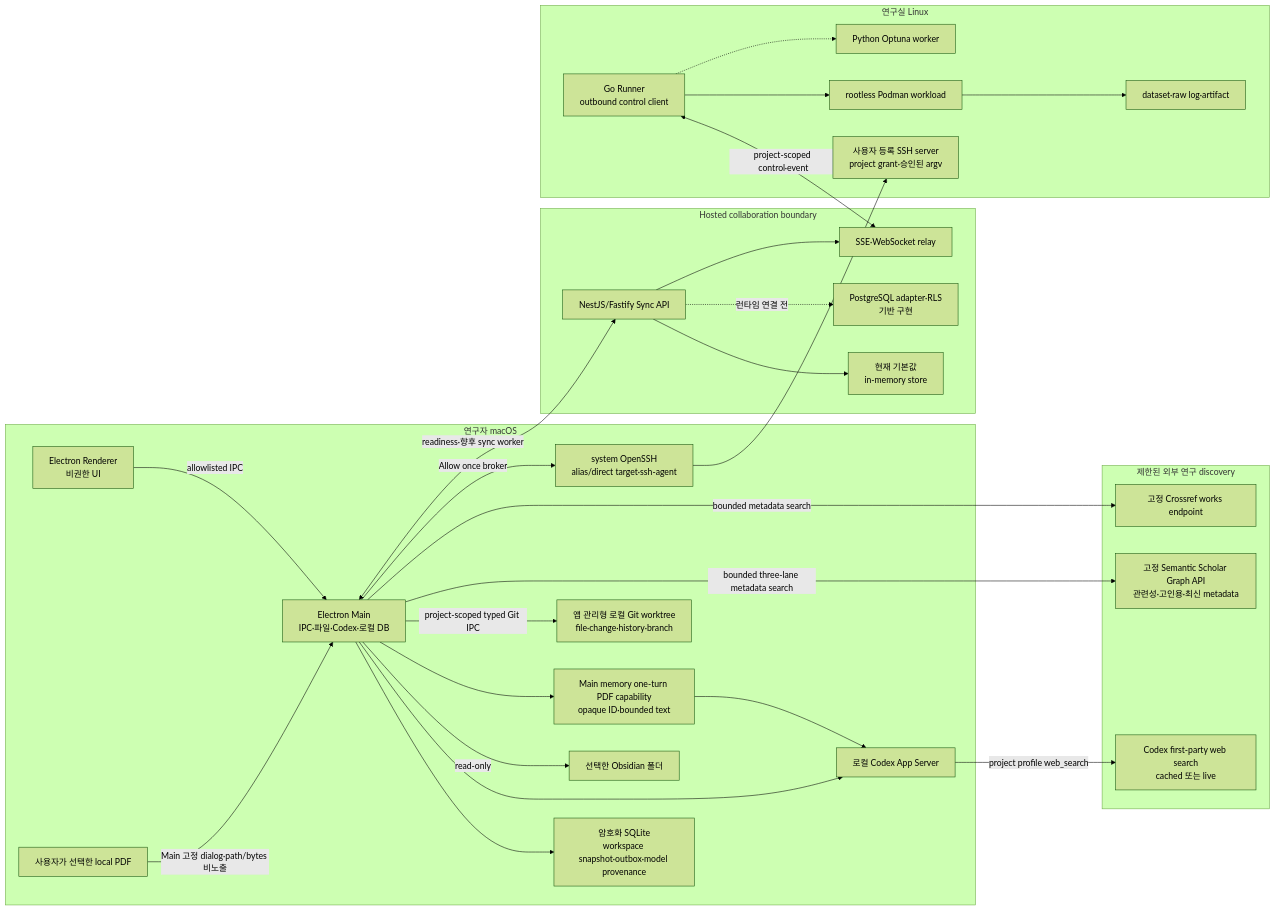
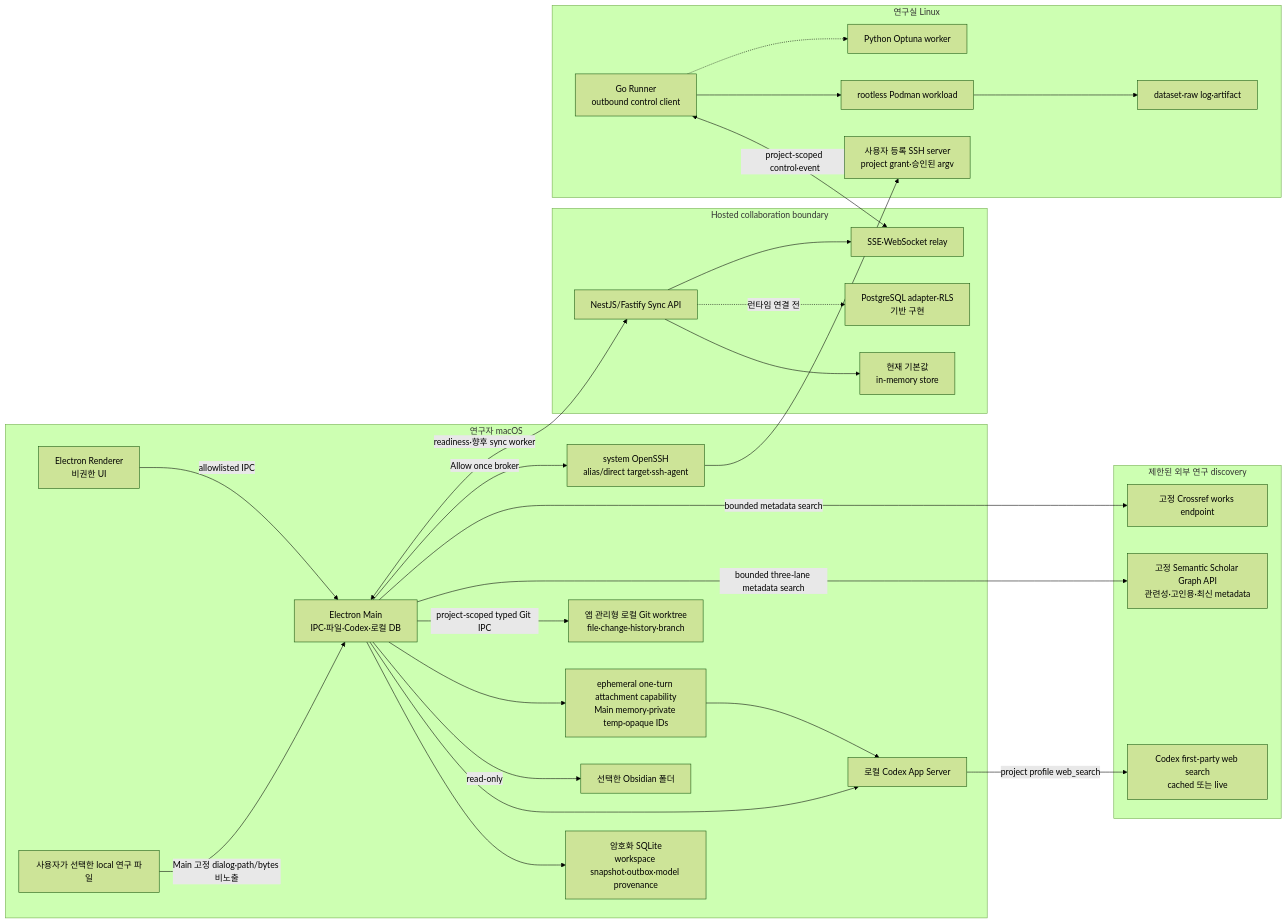
The first of 6 diagrams in docs/ARCHITECTURE.md (gli-minsuk-shin/GOSU), drawn with Mermaid (forest theme) before and after one commit. The commit also changed other lines of this file and 38 other files, not shown here.

````diff
--- a/docs/ARCHITECTURE.md
+++ b/docs/ARCHITECTURE.md
@@ -45,54 +45,54 @@
 ```mermaid
 flowchart LR
   subgraph Mac["연구자 macOS"]
     Renderer["Electron Renderer\n비권한 UI"]
     Main["Electron Main\nIPC·파일·Codex·로컬 DB"]
     LocalDB["암호화 SQLite\nworkspace snapshot·outbox·model provenance"]
     Codex["로컬 Codex App Server"]
     Vault["선택한 Obsidian 폴더"]
-    PdfFiles["사용자가 선택한 local PDF"]
-    PdfCapability["Main memory one-turn PDF capability\nopaque ID·bounded text"]
+    AttachmentFiles["사용자가 선택한 local 연구 파일"]
+    AttachmentCapability["ephemeral one-turn attachment capability\nMain memory·private temp·opaque IDs"]
     Git["앱 관리형 로컬 Git worktree\nfile·change·history·branch"]
     OpenSSH["system OpenSSH\nalias/direct target·ssh-agent"]
   end
 
   subgraph External["제한된 외부 연구 discovery"]
     WebSearch["Codex first-party web search\ncached 또는 live"]
     SemanticScholar["고정 Semantic Scholar Graph API\n관련성·고인용·최신 metadata"]
     Crossref["고정 Crossref works endpoint"]
   end
 
   subgraph Hosted["Hosted collaboration boundary"]
     API["NestJS/Fastify Sync API"]
     Memory["현재 기본값\nin-memory store"]
     Postgres["PostgreSQL adapter·RLS\n기반 구현"]
     Relay["SSE·WebSocket relay"]
   end
 
   subgraph Lab["연구실 Linux"]
     Runner["Go Runner\noutbound control client"]
     Podman["rootless Podman workload"]
     Artifacts["dataset·raw log·artifact"]
     Optimizer["Python Optuna worker"]
     SshHost["사용자 등록 SSH server\nproject grant·승인된 argv"]
   end
 
   Renderer -->|"allowlisted IPC"| Main
   Main --> LocalDB
   Main --> Codex
   Main -->|"read-only"| Vault
-  PdfFiles -->|"Main 고정 dialog·path/bytes 비노출"| Main --> PdfCapability --> Codex
+  AttachmentFiles -->|"Main 고정 dialog·path/bytes 비노출"| Main --> AttachmentCapability --> Codex
   Main -->|"project-scoped typed Git IPC"| Git
   Codex -->|"project profile web_search"| WebSearch
   Main -->|"bounded three-lane metadata search"| SemanticScholar
   Main -->|"bounded metadata search"| Crossref
   Main -->|"Allow once broker"| OpenSSH --> SshHost
   Main <-->|"readiness·향후 sync worker"| API
   API --> Memory
   API -.->|"런타임 연결 전"| Postgres
   API --> Relay
   Runner <-->|"project-scoped control·event"| Relay
   Runner --> Podman
   Podman --> Artifacts
   Runner -.-> Optimizer
 ```
````
